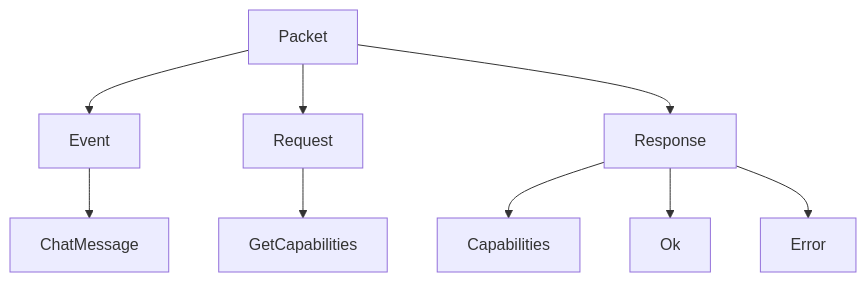
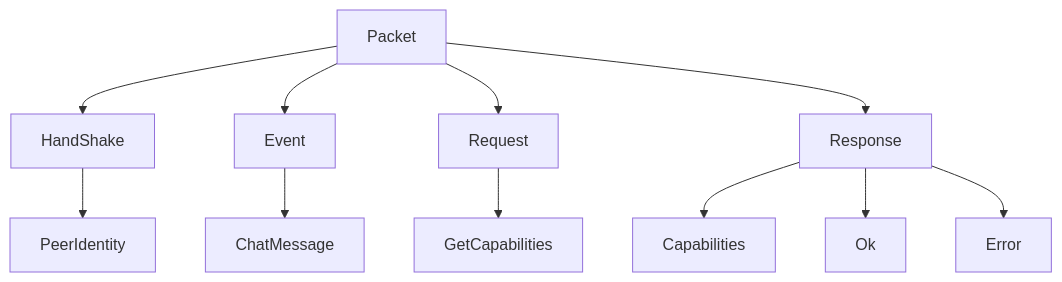
Before and after one commit to Subhranil-Maity/ghostline: the fourth of 6 diagrams in PROJECT_OVERVIEW.md, drawn with Mermaid. The commit also changed other lines of this file and 26 other files, not shown here.

````diff
--- a/PROJECT_OVERVIEW.md
+++ b/PROJECT_OVERVIEW.md
@@ -240,13 +410,15 @@
 ```mermaid
 flowchart TD
     P[Packet]
+    P --> H[HandShake]
     P --> E[Event]
     P --> Q[Request]
     P --> R[Response]
 
+    H --> HI[PeerIdentity]
     E --> EC[ChatMessage]
-    Q --> QC[GetCapabilities]
-    R --> RC1[Capabilities]
-    R --> RC2[Ok]
-    R --> RC3[Error]
+    Q --> Q1[GetCapabilities]
+    R --> R1[Capabilities]
+    R --> R2[Ok]
+    R --> R3[Error]
 ```
````
